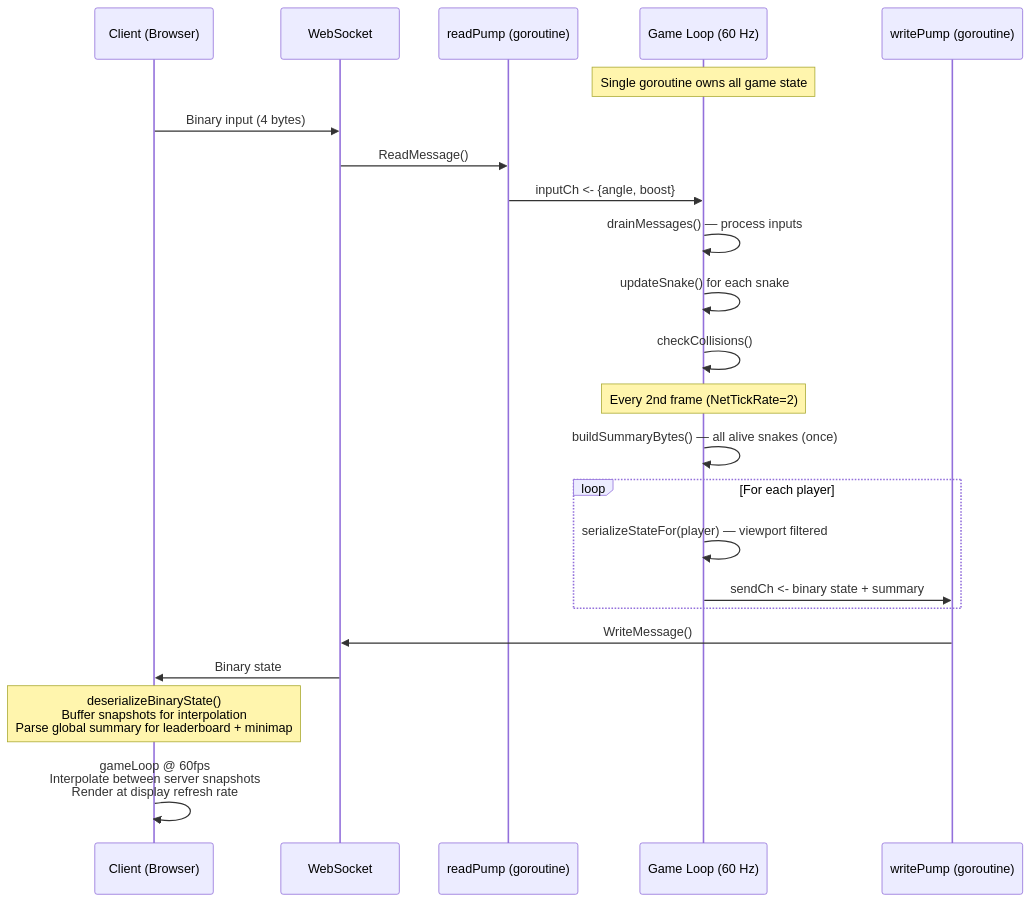
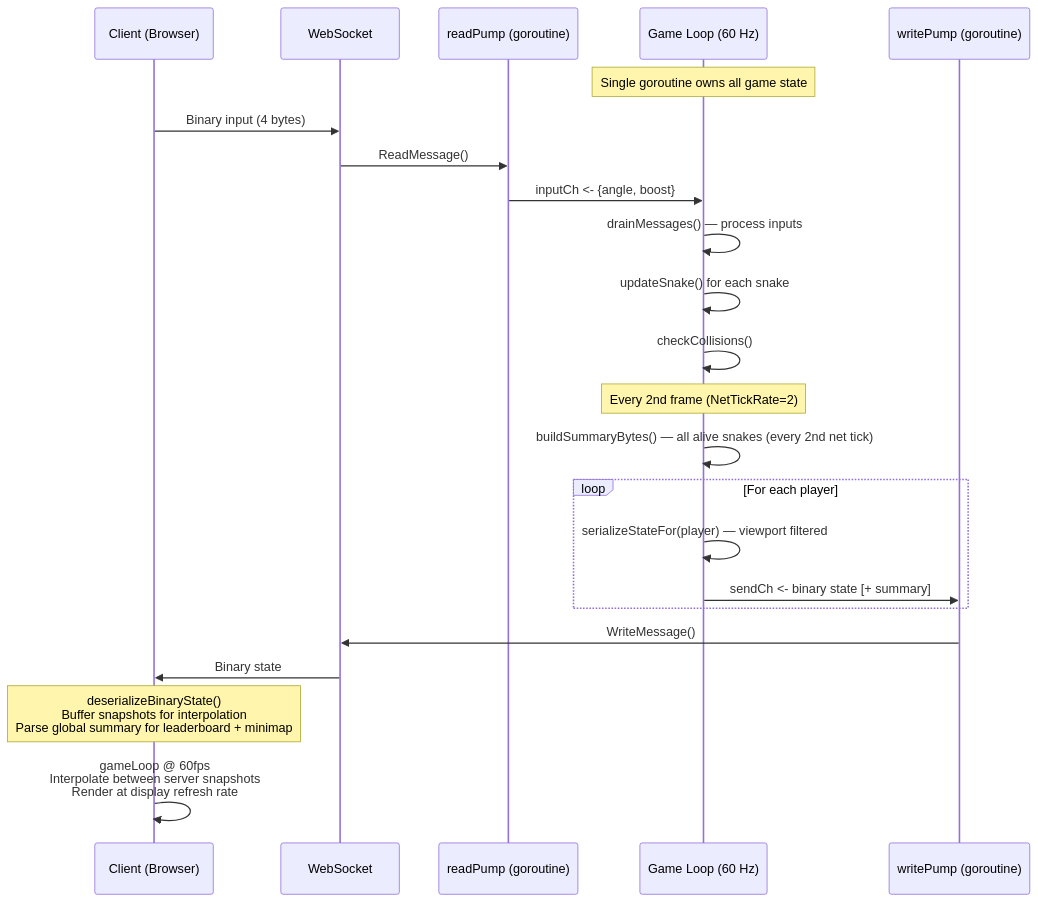
The second of 2 diagrams in README.md (rswebdev/schlangen), drawn with Mermaid before and after one commit. The commit also changed other lines of this file, not shown here.

Commit message:
Update README.md to clarify server setup, enhance project structure details, and improve data flow descriptions

````diff
--- a/README.md
+++ b/README.md
@@ -102,30 +101,30 @@
 ```mermaid
 sequenceDiagram
     participant Client as Client (Browser)
     participant WS as WebSocket
     participant RP as readPump (goroutine)
     participant GL as Game Loop (60 Hz)
     participant WP as writePump (goroutine)
 
     Note over GL: Single goroutine owns all game state
 
     Client->>WS: Binary input (4 bytes)
     WS->>RP: ReadMessage()
     RP->>GL: inputCh <- {angle, boost}
 
     GL->>GL: drainMessages() — process inputs
     GL->>GL: updateSnake() for each snake
     GL->>GL: checkCollisions()
 
     Note over GL: Every 2nd frame (NetTickRate=2)
-    GL->>GL: buildSummaryBytes() — all alive snakes (once)
+    GL->>GL: buildSummaryBytes() — all alive snakes (every 2nd net tick)
     loop For each player
         GL->>GL: serializeStateFor(player) — viewport filtered
-        GL->>WP: sendCh <- binary state + summary
+        GL->>WP: sendCh <- binary state [+ summary]
     end
     WP->>WS: WriteMessage()
     WS->>Client: Binary state
 
     Note over Client: deserializeBinaryState()<br/>Buffer snapshots for interpolation<br/>Parse global summary for leaderboard + minimap
     Client->>Client: gameLoop @ 60fps<br/>Interpolate between server snapshots<br/>Render at display refresh rate
 ```
````
